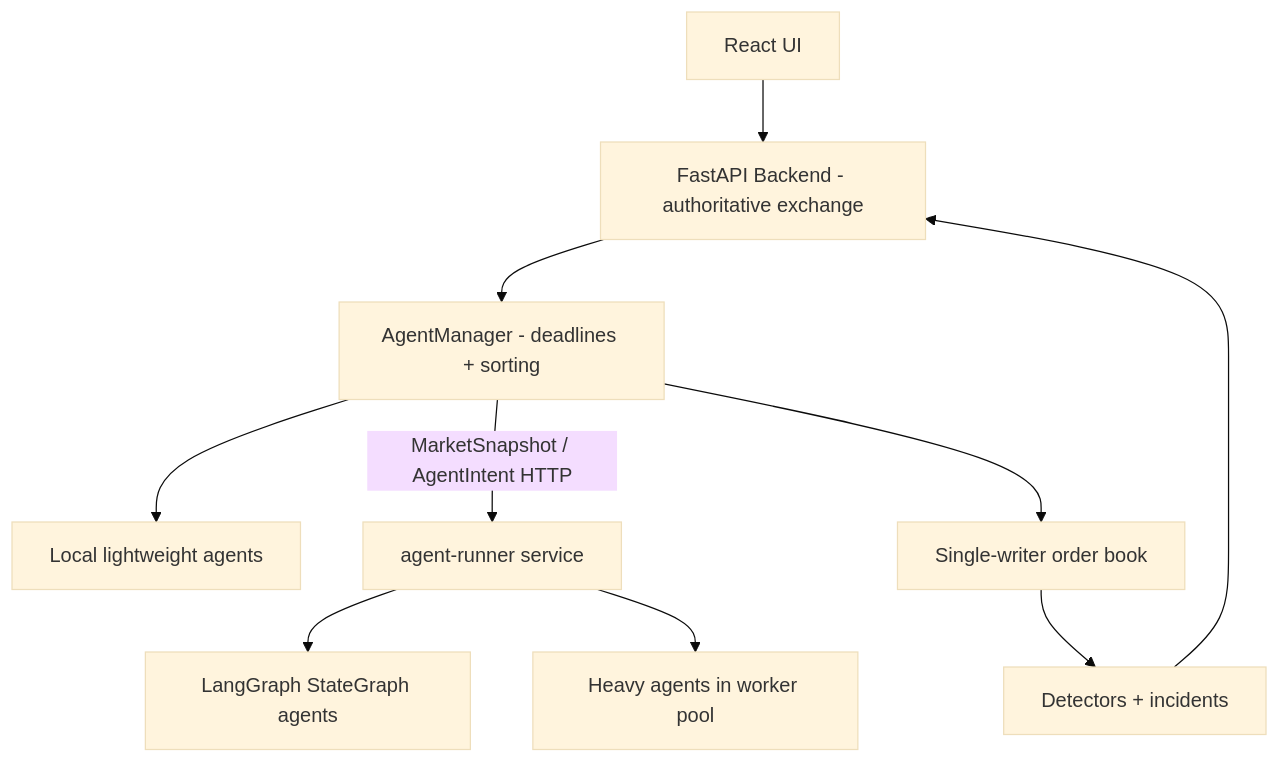
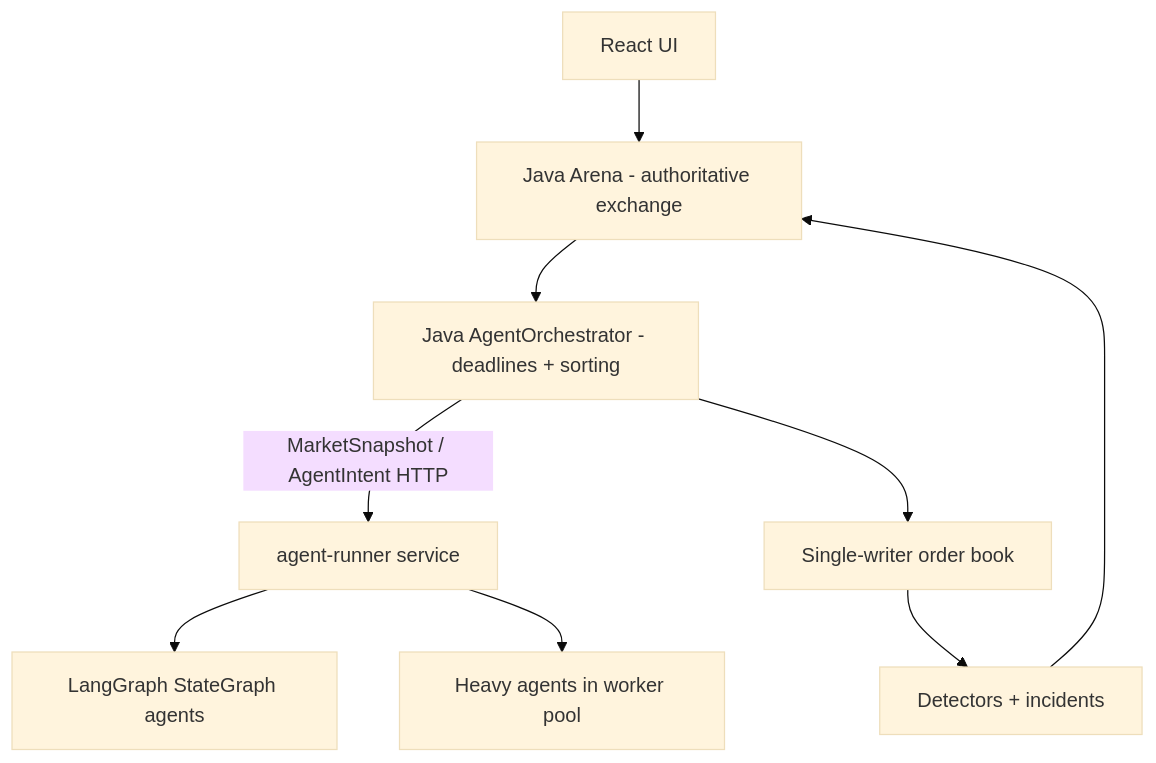
One commit to khab40/aimada changed the diagram in docs/architecture/ARD-0010-agent-runner-execution.md. Above: the diagram before and after it, drawn with Mermaid (base theme). The commit also changed other lines of this file and 57 other files, not shown here.

Commit message:
feat: cut over live arena to Java

````diff
--- a/docs/architecture/ARD-0010-agent-runner-execution.md
+++ b/docs/architecture/ARD-0010-agent-runner-execution.md
@@ -79,22 +79,20 @@
 ```mermaid
 graph TD
     UI["React UI"]
-    Backend["FastAPI Backend - authoritative exchange"]
-    AgentManager["AgentManager - deadlines + sorting"]
-    LocalAgents["Local lightweight agents"]
+    Backend["Java Arena - authoritative exchange"]
+    AgentManager["Java AgentOrchestrator - deadlines + sorting"]
     Runner["agent-runner service"]
     LangGraphAgents["LangGraph StateGraph agents"]
     HeavyAgents["Heavy agents in worker pool"]
     Exchange["Single-writer order book"]
     Detectors["Detectors + incidents"]
 
     UI --> Backend
     Backend --> AgentManager
-    AgentManager --> LocalAgents
     AgentManager -->|MarketSnapshot / AgentIntent HTTP| Runner
     Runner --> LangGraphAgents
     Runner --> HeavyAgents
     AgentManager --> Exchange
     Exchange --> Detectors
     Detectors --> Backend
 ```
````
